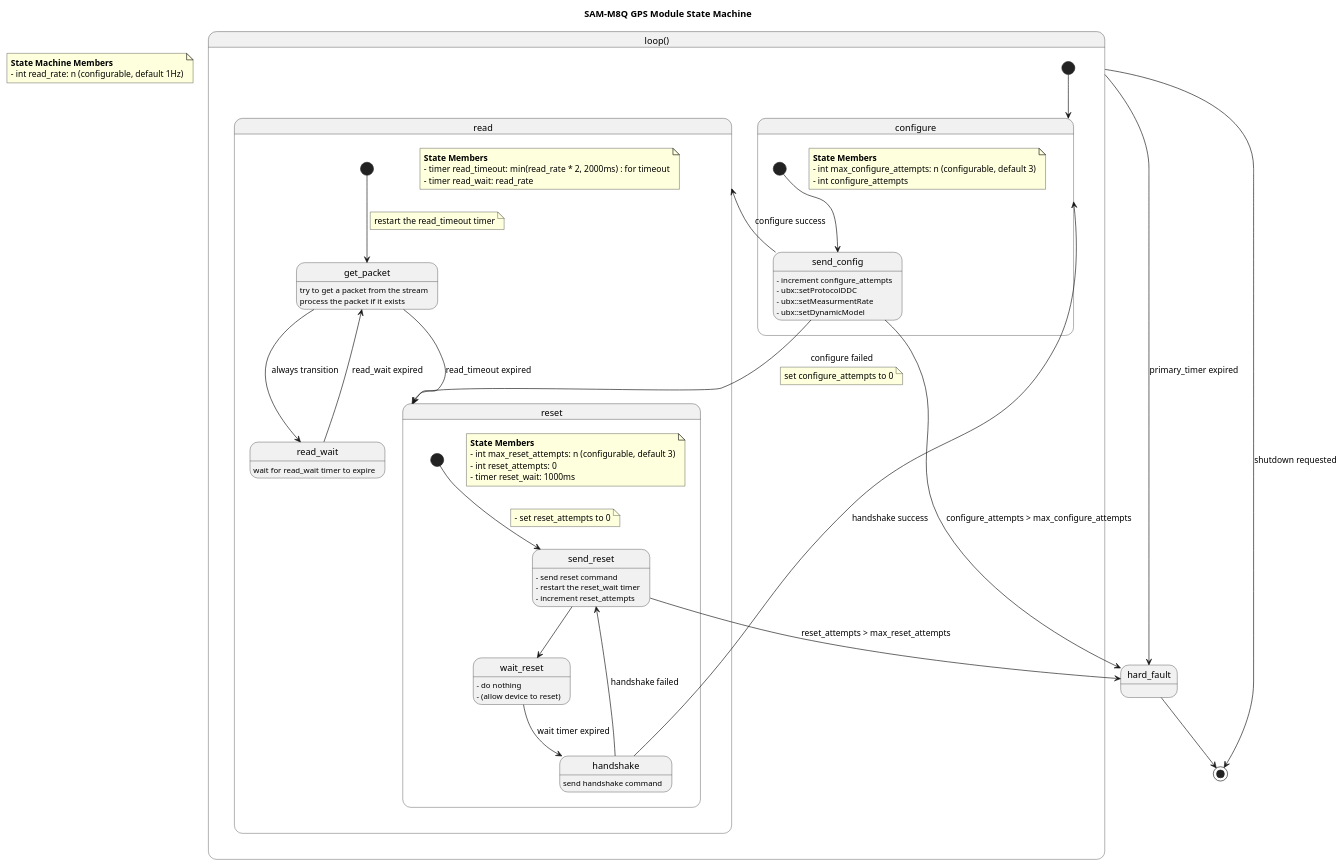
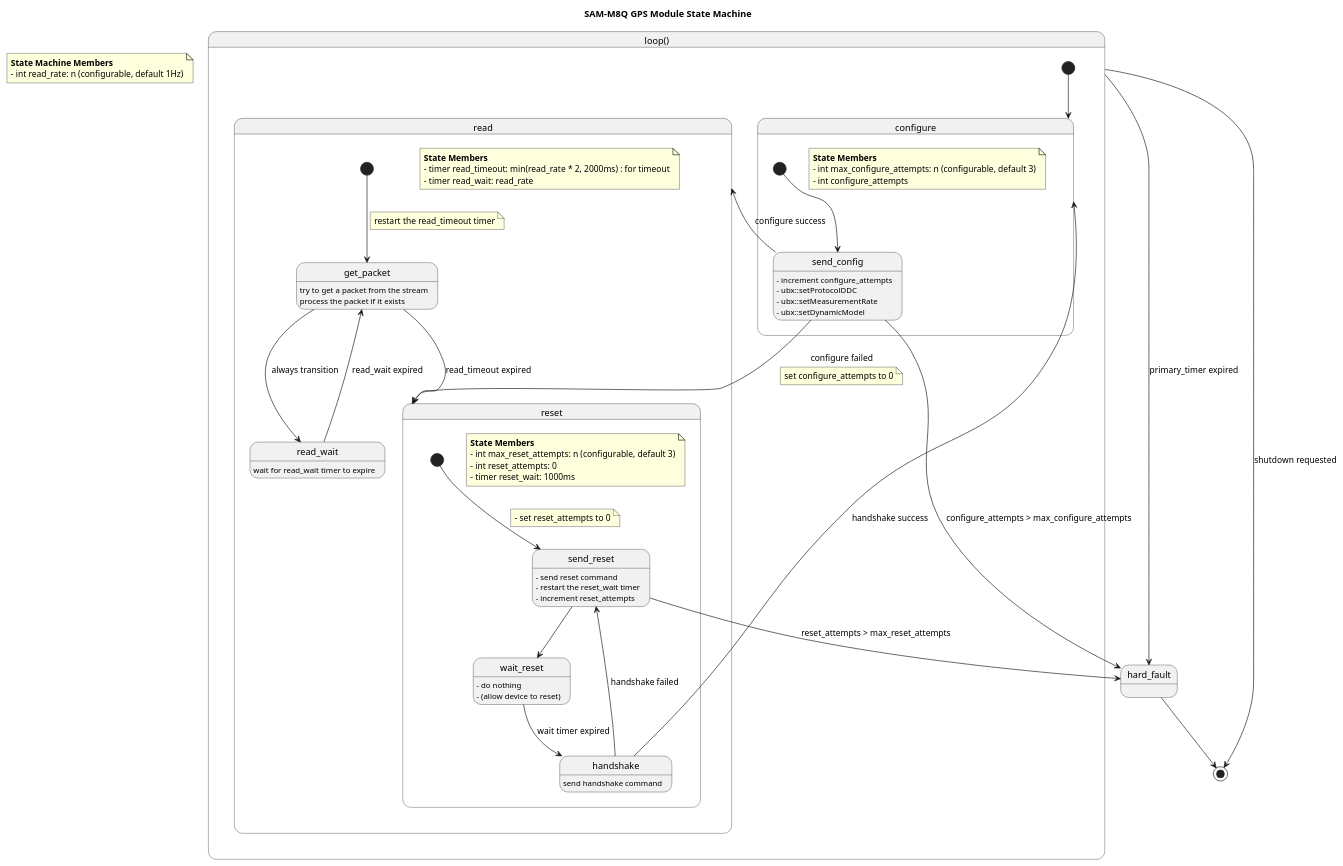
One commit to joshua-jerred/Giraffe changed the diagram in docs/depreciated/uml/sam_m8q_gps_state_machine.puml. Above: the diagram before and after it, drawn with PlantUML. The commit also changed 449 other files, not shown here.

```diff
--- a/docs/depreciated/uml/sam_m8q_gps_state_machine.puml
+++ b/docs/depreciated/uml/sam_m8q_gps_state_machine.puml
@@ -1,95 +1,95 @@
 @startuml
 
 title SAM-M8Q GPS Module State Machine
 
 
 note as n
 <b>State Machine Members</b>
 - int read_rate: n (configurable, default 1Hz)
 end note
 
 state hard_fault
 
 state "loop()" as loop {
 
 state read {
   note as n0
   <b>State Members</b>
   - timer read_timeout: min(read_rate * 2, 2000ms) : for timeout
   - timer read_wait: read_rate
 end note
 
 state get_packet : try to get a packet from the stream
 state get_packet : process the packet if it exists
 state read_wait : wait for read_wait timer to expire
 
 [*] --> get_packet
 note on link
   restart the read_timeout timer
 end note
 
 get_packet --> read_wait : always transition
 get_packet --> reset : read_timeout expired
 read_wait --> get_packet : read_wait expired
 }
 
 state configure {
 note as n1
 <b>State Members</b>
 - int max_configure_attempts: n (configurable, default 3)
 - int configure_attempts
 end note
 
 state send_config : - increment configure_attempts
 state send_config : - ubx::setProtocolDDC
-state send_config : - ubx::setMeasurmentRate
+state send_config : - ubx::setMeasurementRate
 state send_config : - ubx::setDynamicModel
 
 [*] --> send_config
 send_config --> read : configure success
 send_config --> reset : configure failed
 note on link
   set configure_attempts to 0
   end note
 
   send_config --> hard_fault : configure_attempts > max_configure_attempts
 }
 
 state reset {
   note as n2
   <b>State Members</b>
   - int max_reset_attempts: n (configurable, default 3)
   - int reset_attempts: 0
   - timer reset_wait: 1000ms
   end note
 
   state send_reset : - send reset command
   state send_reset : - restart the reset_wait timer
   state send_reset : - increment reset_attempts
 
   state wait_reset : - do nothing
   state wait_reset : - (allow device to reset)
   state handshake : send handshake command
 
   [*] --> send_reset
   note on link
     - set reset_attempts to 0
     end note
 
     send_reset --> wait_reset
     send_reset --> hard_fault : reset_attempts > max_reset_attempts
 
     wait_reset --> handshake : wait timer expired
 
     handshake --> configure : handshake success
     handshake --> send_reset : handshake failed
   }
 
   [*] --> configure
 }
 
 hard_fault --> [*]
 loop --> hard_fault : primary_timer expired
 loop --> [*] : shutdown requested
 
 @enduml
```
